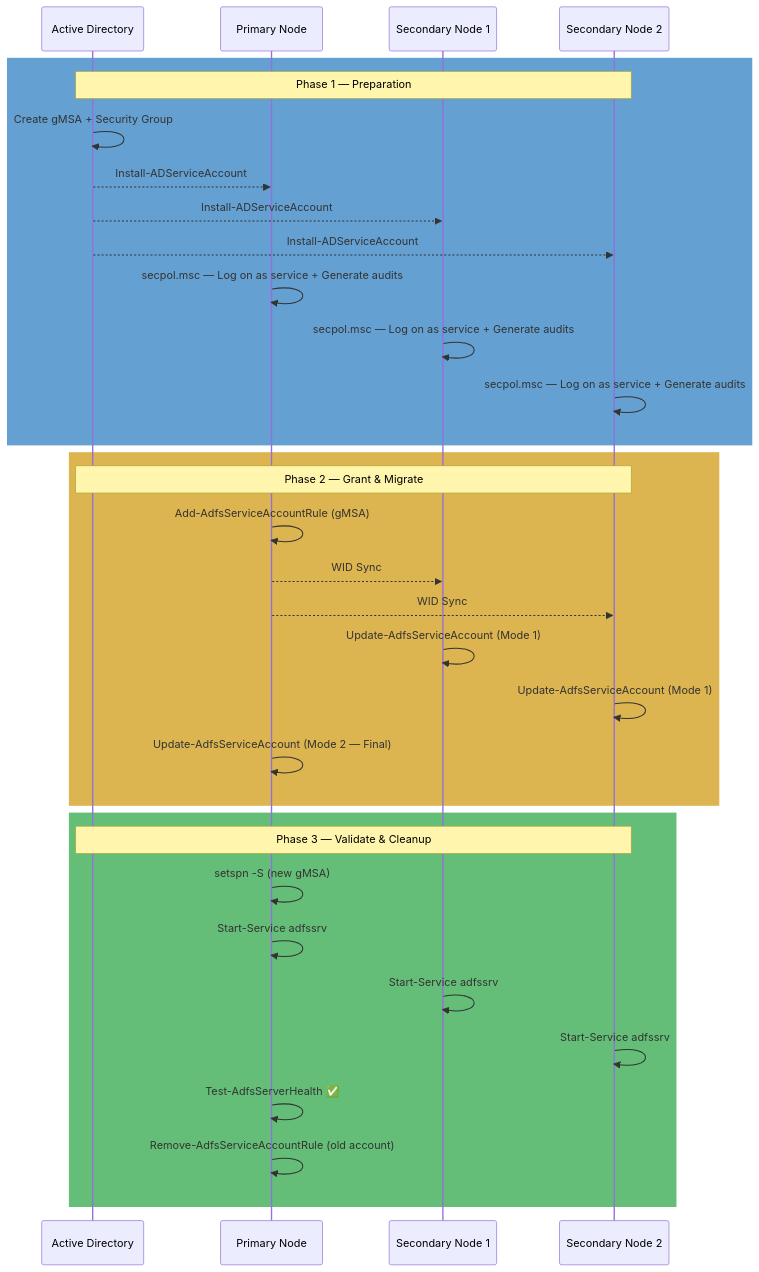
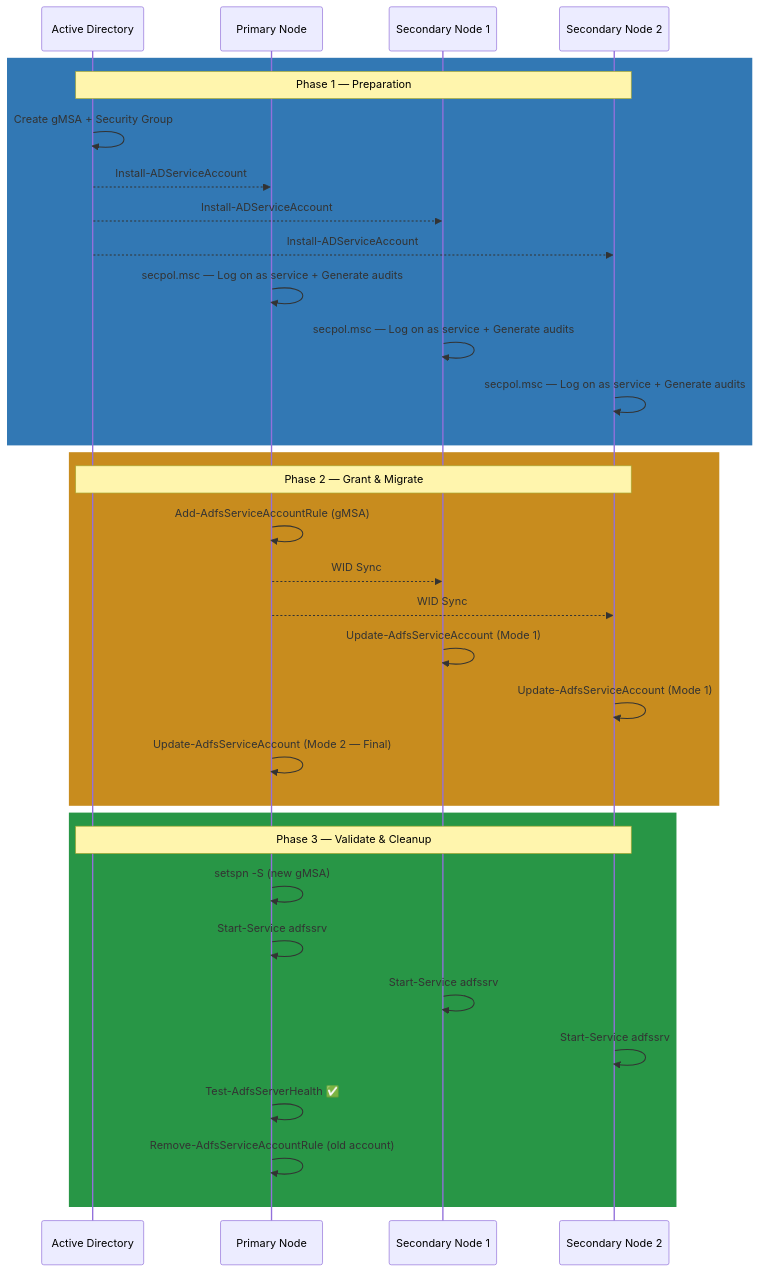
The second of 3 diagrams in ADFS/Common/ADFS Migrate Service Account to gMSA.md (0xMati/Tech-Blog), drawn with Mermaid before and after one commit. The commit also changed other lines of this file, not shown here.

````diff
--- a/ADFS/Common/ADFS Migrate Service Account to gMSA.md
+++ b/ADFS/Common/ADFS Migrate Service Account to gMSA.md
@@ -224,38 +224,38 @@
 ```mermaid
 sequenceDiagram
     participant AD as Active Directory
     participant P as Primary Node
     participant S1 as Secondary Node 1
     participant S2 as Secondary Node 2
 
-    rect rgb(100, 160, 210)
+    rect rgb(50, 120, 180)
     Note over AD,S2: Phase 1 — Preparation
     AD->>AD: Create gMSA + Security Group
     AD-->>P: Install-ADServiceAccount
     AD-->>S1: Install-ADServiceAccount
     AD-->>S2: Install-ADServiceAccount
     P->>P: secpol.msc — Log on as service + Generate audits
     S1->>S1: secpol.msc — Log on as service + Generate audits
     S2->>S2: secpol.msc — Log on as service + Generate audits
     end
 
-    rect rgb(220, 180, 80)
+    rect rgb(200, 140, 30)
     Note over AD,S2: Phase 2 — Grant & Migrate
     P->>P: Add-AdfsServiceAccountRule (gMSA)
     P-->>S1: WID Sync
     P-->>S2: WID Sync
     S1->>S1: Update-AdfsServiceAccount (Mode 1)
     S2->>S2: Update-AdfsServiceAccount (Mode 1)
     P->>P: Update-AdfsServiceAccount (Mode 2 — Final)
     end
 
-    rect rgb(100, 190, 120)
+    rect rgb(40, 150, 70)
     Note over AD,S2: Phase 3 — Validate & Cleanup
     P->>P: setspn -S (new gMSA)
     P->>P: Start-Service adfssrv
     S1->>S1: Start-Service adfssrv
     S2->>S2: Start-Service adfssrv
     P->>P: Test-AdfsServerHealth ✅
     P->>P: Remove-AdfsServiceAccountRule (old account)
     end
 ```
````
